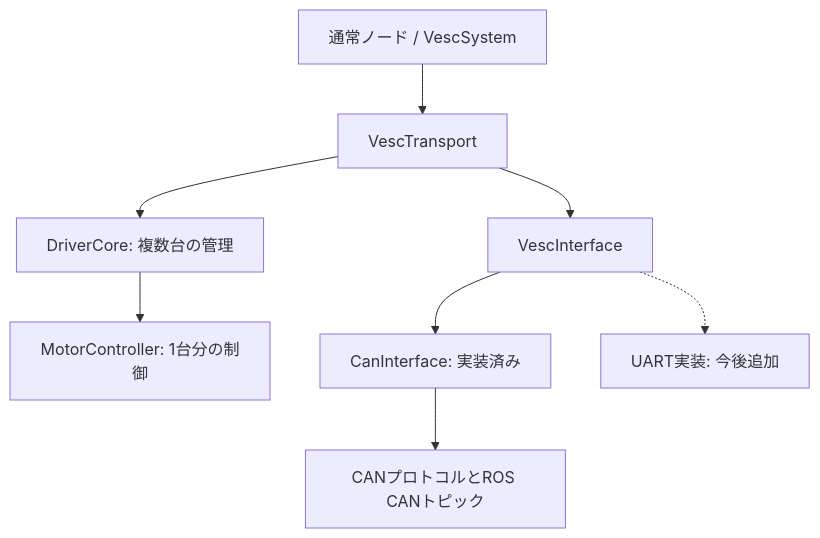
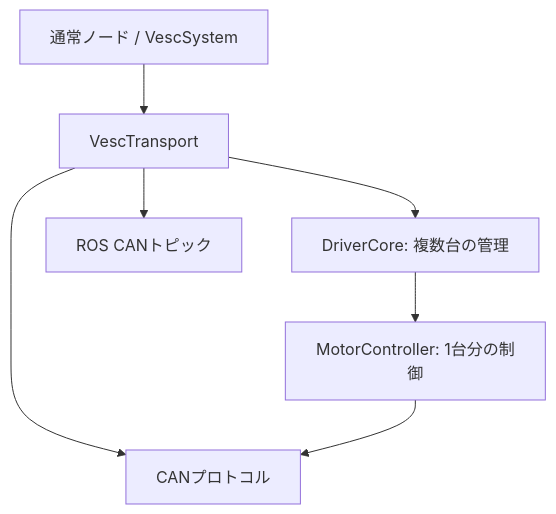
One commit to ryo-0723/vesc_can_ros2_control changed the diagram in docs/architecture.md. Above: the diagram before and after it, drawn with Mermaid. The commit also changed other lines of this file and 25 other files, not shown here.

````diff
--- a/docs/architecture.md
+++ b/docs/architecture.md
@@ -25,10 +23,9 @@
 ```mermaid
 flowchart TD
   N[通常ノード / VescSystem] --> T[VescTransport]
   T --> D[DriverCore: 複数台の管理]
   D --> M[MotorController: 1台分の制御]
-  T --> I[VescInterface]
-  I --> C[CanInterface: 実装済み]
-  I -.-> U[UART実装: 今後追加]
-  C --> P[CANプロトコルとROS CANトピック]
+  T --> P[CANプロトコル]
+  M --> P
+  T --> C[ROS CANトピック]
 ```
````
